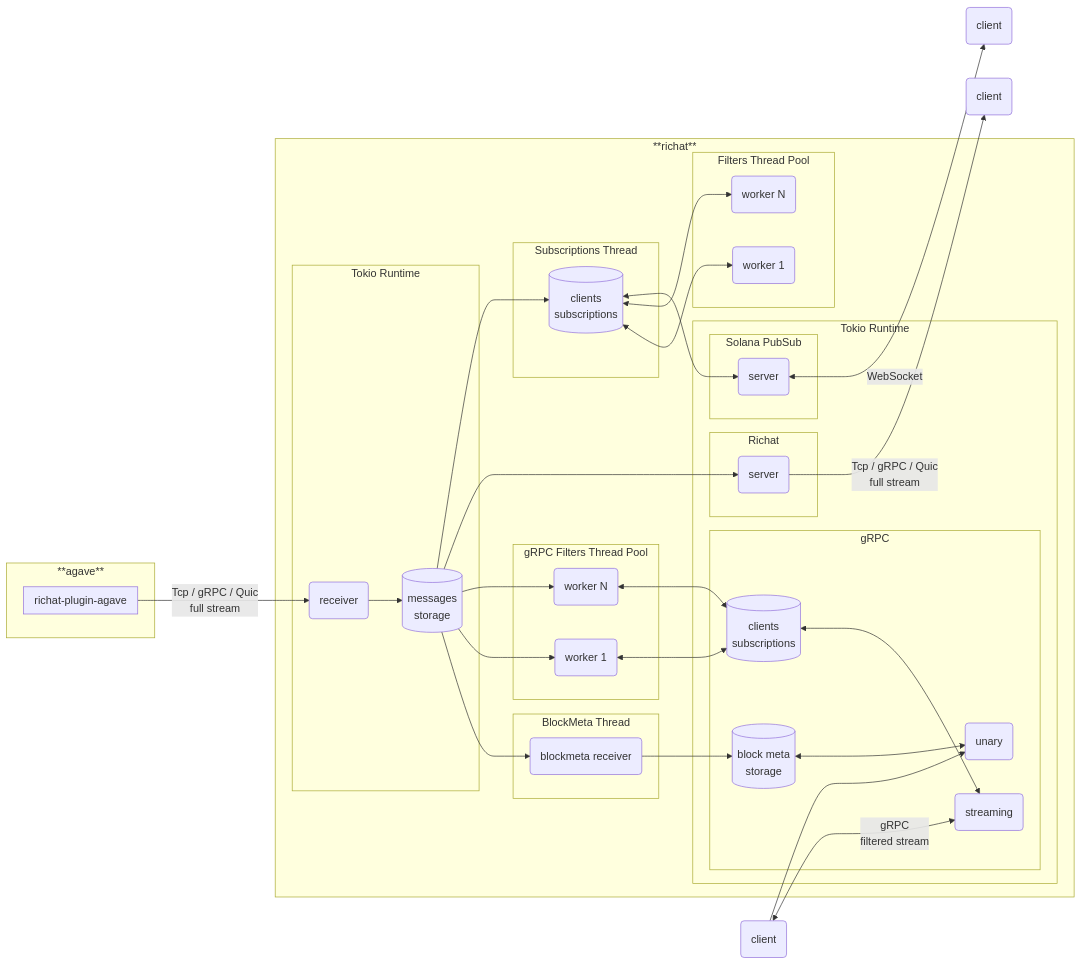
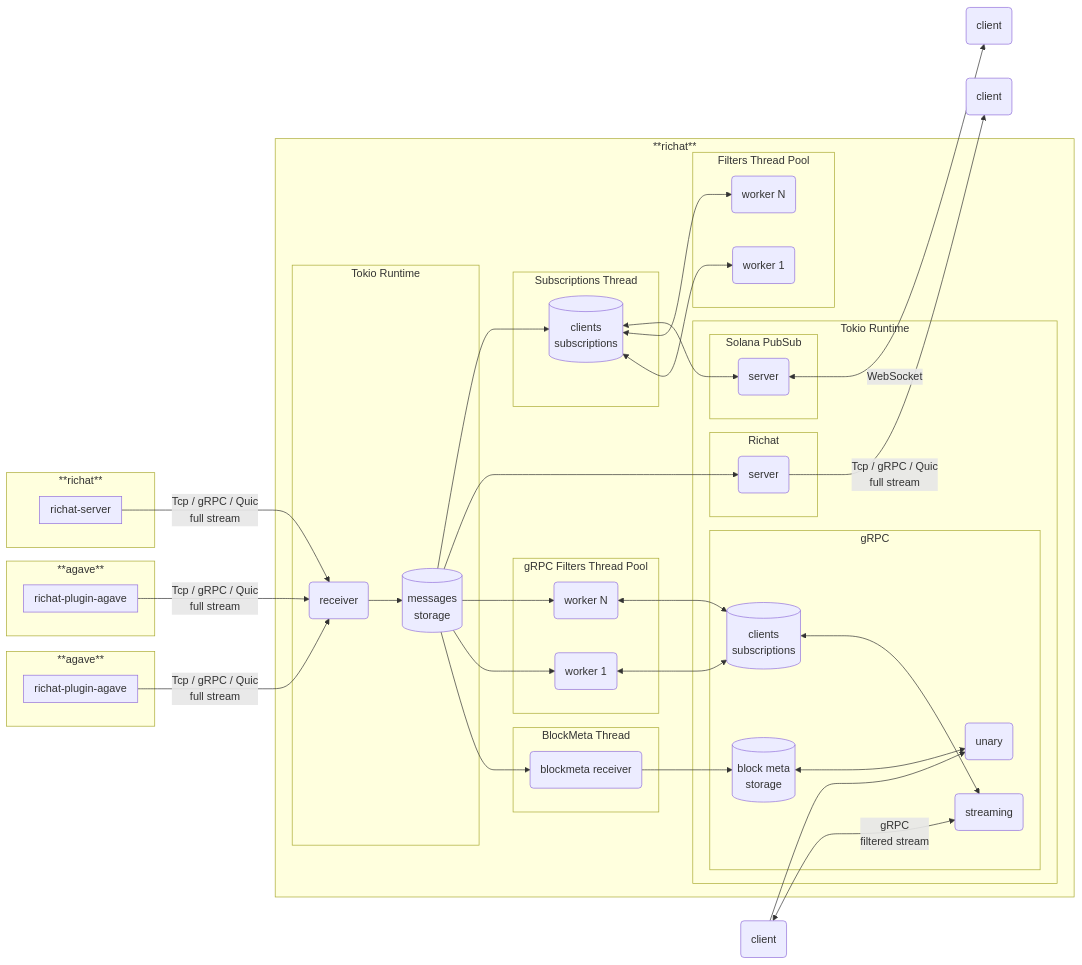
Before and after one commit to riprsa/richat: the second of 2 diagrams in README.md, drawn with Mermaid. The commit also changed other lines of this file and 12 other files, not shown here.

```diff
--- a/README.md
+++ b/README.md
@@ -119,6 +119,16 @@
 flowchart LR
     subgraph agave1 [**agave**]
         subgraph geyser1 [richat-plugin-agave]
+        end
+    end
+
+    subgraph agave2 [**agave**]
+        subgraph geyser2 [richat-plugin-agave]
+        end
+    end
+
+    subgraph richat0 [**richat**]
+        subgraph richat0_server [richat-server]
         end
     end
 
@@ -170,6 +180,8 @@
     client3(client)
 
     geyser1 -->|Tcp / gRPC / Quic<br/>full stream| richat1_tokio1_receiver
+    geyser2 -->|Tcp / gRPC / Quic<br/>full stream| richat1_tokio1_receiver
+    richat0_server -->|Tcp / gRPC / Quic<br/>full stream| richat1_tokio1_receiver
     richat1_tokio1_receiver --> richat1_channel
     richat1_channel --> richat1_blockmeta_recv_thread
     richat1_channel --> richat1_grpc_worker1
```
